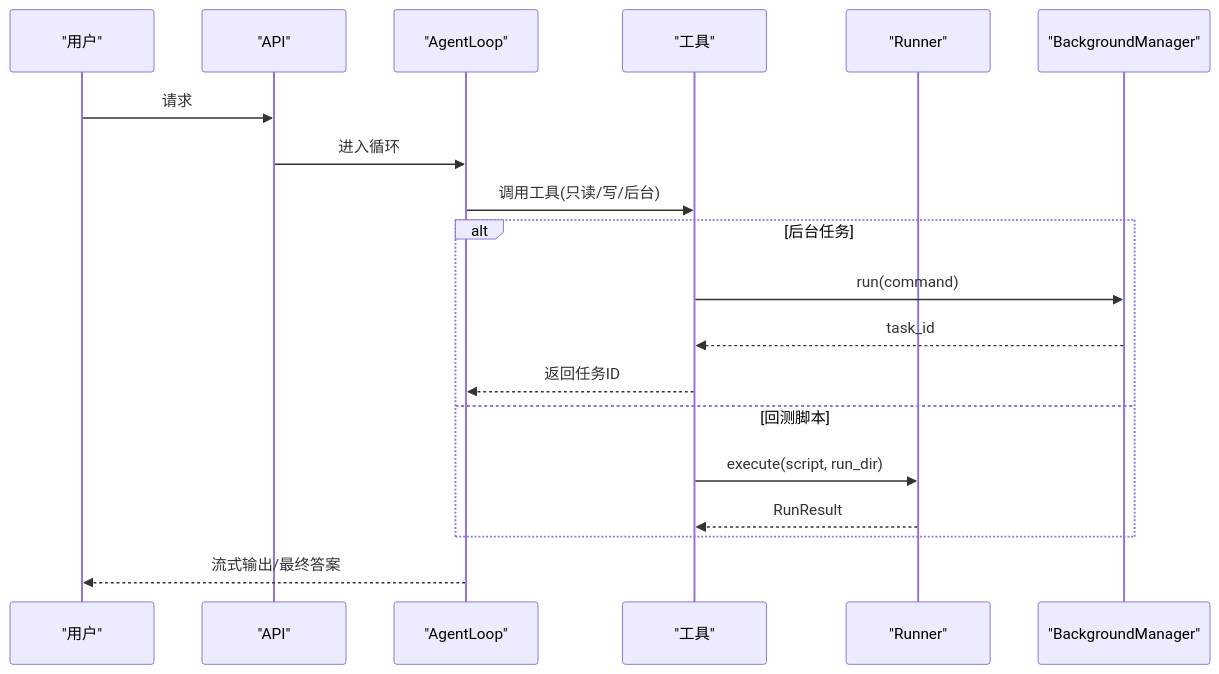
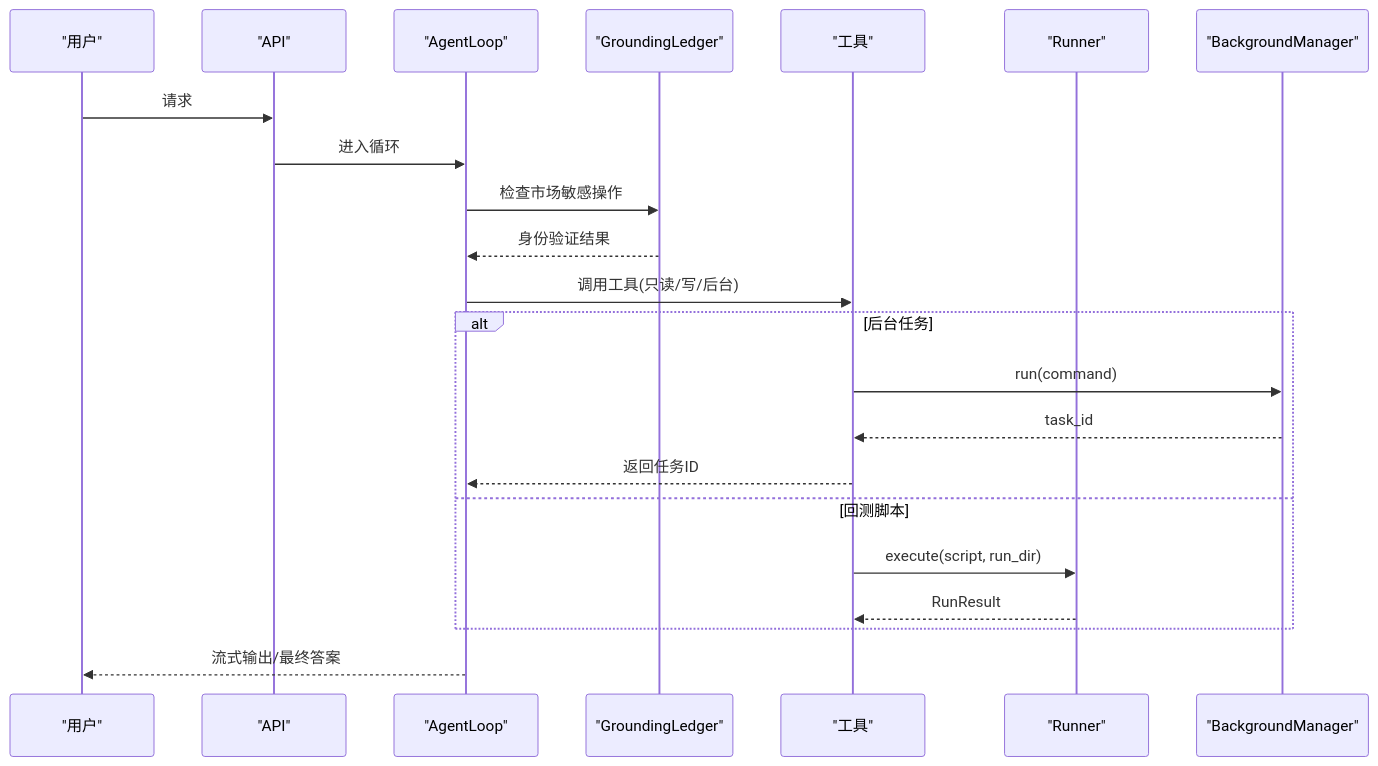
Before and after one commit to 20012002er/Vibe-Trading: the ninth of 9 diagrams in .qoder/repowiki/zh/content/项目概述/核心功能特性/AI代理系统/工具系统/工具执行框架.md, drawn with Mermaid. The commit also changed other lines of this file and 9 other files, not shown here.

````diff
--- a/.qoder/repowiki/zh/content/项目概述/核心功能特性/AI代理系统/工具系统/工具执行框架.md
+++ b/.qoder/repowiki/zh/content/项目概述/核心功能特性/AI代理系统/工具系统/工具执行框架.md
@@ -371,21 +443,24 @@
 ```mermaid
 sequenceDiagram
 participant U as "用户"
 participant A as "API"
 participant L as "AgentLoop"
+participant GL as "GroundingLedger"
 participant T as "工具"
 participant R as "Runner"
 participant B as "BackgroundManager"
 U->>A : 请求
 A->>L : 进入循环
+L->>GL : 检查市场敏感操作
+GL-->>L : 身份验证结果
 L->>T : 调用工具(只读/写/后台)
 alt 后台任务
 T->>B : run(command)
 B-->>T : task_id
 T-->>L : 返回任务ID
 else 回测脚本
 T->>R : execute(script, run_dir)
 R-->>T : RunResult
 end
 L-->>U : 流式输出/最终答案
 ```
````
